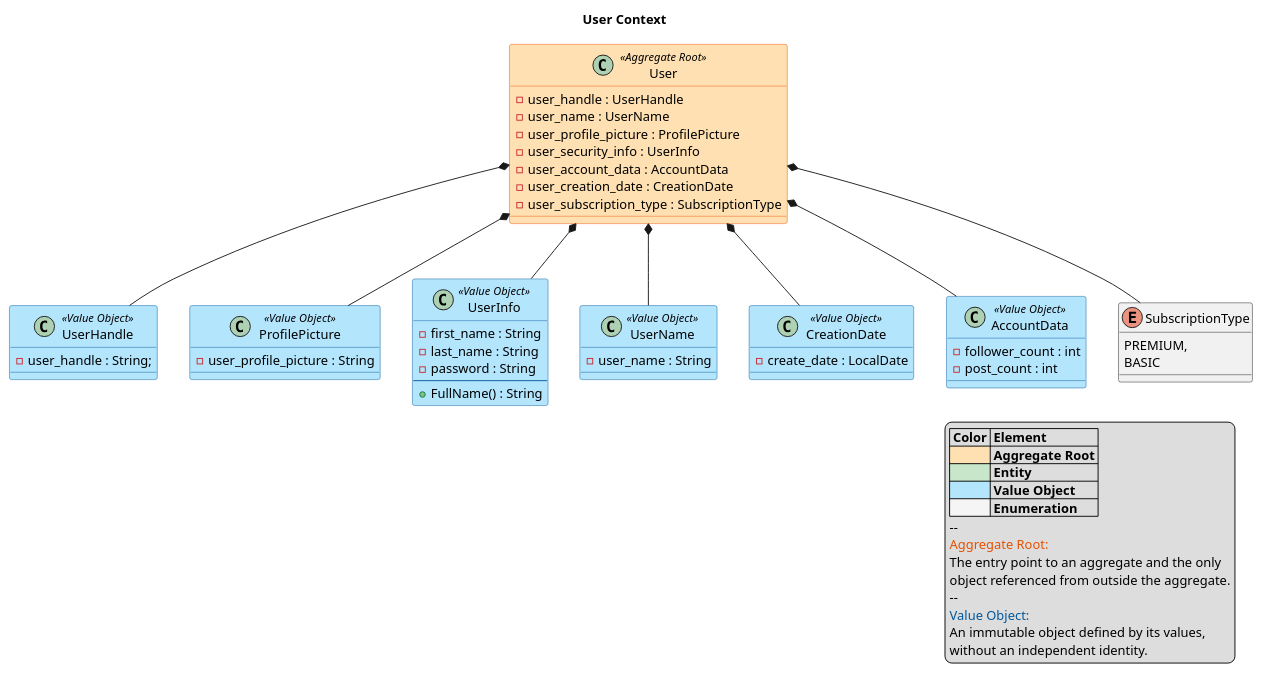
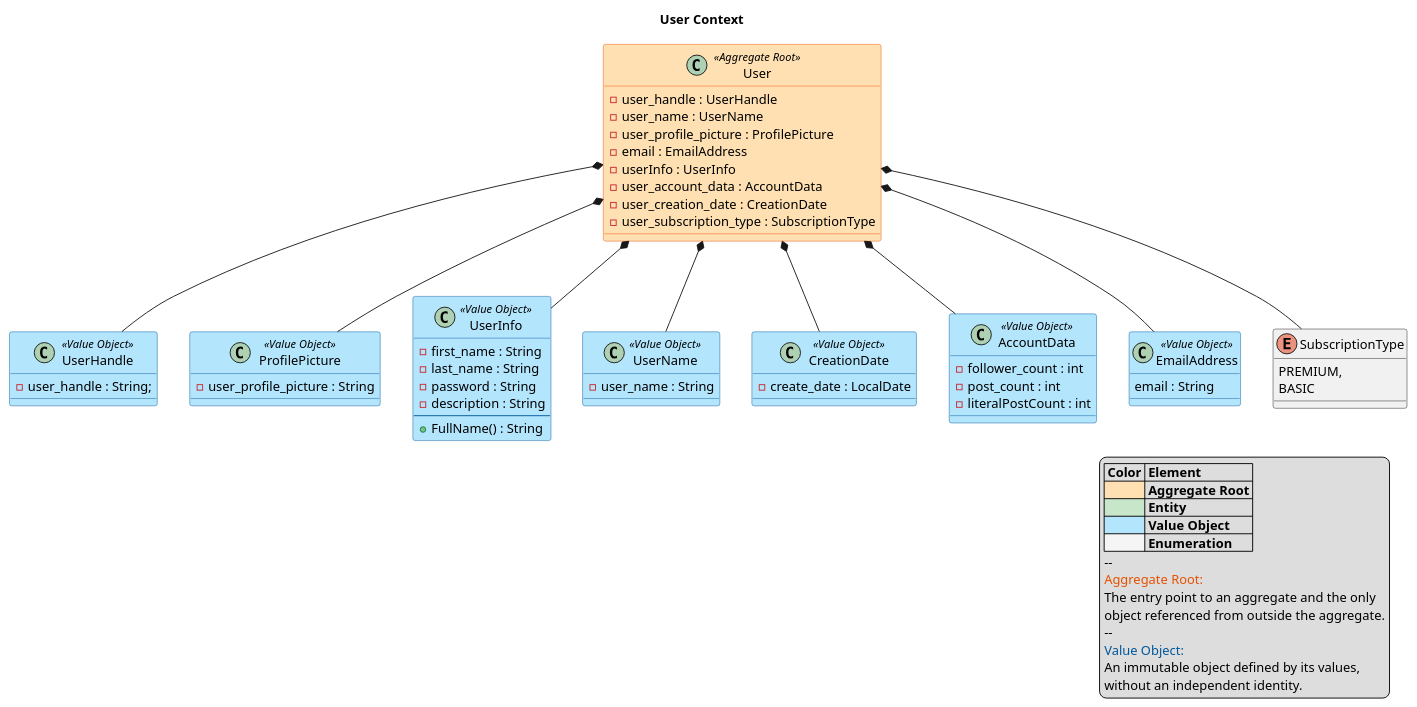
The diagram in Diagrams/User.puml (DasStudioINC/TheSocialCode-Backend), drawn with PlantUML before and after one commit. The commit also changed 2 other files, not shown here.

Commit message:
Updated All uml diagrams to be more accurate to the classes

```diff
--- a/Diagrams/User.puml
+++ b/Diagrams/User.puml
@@ -1,83 +1,91 @@
 @startuml
 title User Context
 
 skinparam class {
      BackgroundColor<<Aggregate Root>> #FFE0B2
       BorderColor<<Aggregate Root>> #E65100
 
       BackgroundColor<<Entity>> #C8E6C9
       BorderColor<<Entity>> #2E7D32
 
       BackgroundColor<<Value Object>> #B3E5FC
       BorderColor<<Value Object>> #01579B
 }
 
 class User <<Aggregate Root>>{
     -user_handle : UserHandle
     -user_name : UserName
     -user_profile_picture : ProfilePicture
-    -user_security_info : UserInfo
+    -email : EmailAddress
+    -userInfo : UserInfo
     -user_account_data : AccountData
     -user_creation_date : CreationDate
     -user_subscription_type : SubscriptionType
 }
 
 class UserHandle <<Value Object>> {
     - user_handle : String;
 }
 
 class ProfilePicture <<Value Object>> {
     - user_profile_picture : String
 }
 
 class UserInfo <<Value Object>> {
     - first_name : String
     - last_name : String
     - password : String
+    - description : String
     ---
     + FullName() : String
 }
 
 class UserName <<Value Object>>{
     - user_name : String
 }
 
 class CreationDate <<Value Object>>{
    - create_date : LocalDate
 }
 
 class AccountData <<Value Object>> {
     - follower_count : int
     - post_count : int
+    - literalPostCount : int
+}
+
+class EmailAddress <<Value Object>> {
+    email : String
 }
 
 enum SubscriptionType{
     PREMIUM,
     BASIC
 }
 
 User *-- SubscriptionType
 User *-- UserName
 User *-- UserHandle
 User *-- CreationDate
 User *-- UserInfo
 User *-- ProfilePicture
 User *-- AccountData
+User *-- EmailAddress
 
 legend right
   |= Color |= Element |
   |<#FFE0B2> | **Aggregate Root** |
   |<#C8E6C9> | **Entity** |
   |<#B3E5FC> | **Value Object** |
   |<#F5F5F5> | **Enumeration** |
   --
   <color:#E65100>Aggregate Root:</color>
   The entry point to an aggregate and the only
   object referenced from outside the aggregate.
   --
   <color:#01579B>Value Object:</color>
   An immutable object defined by its values,
   without an independent identity.
 endlegend
 
 @enduml
```
